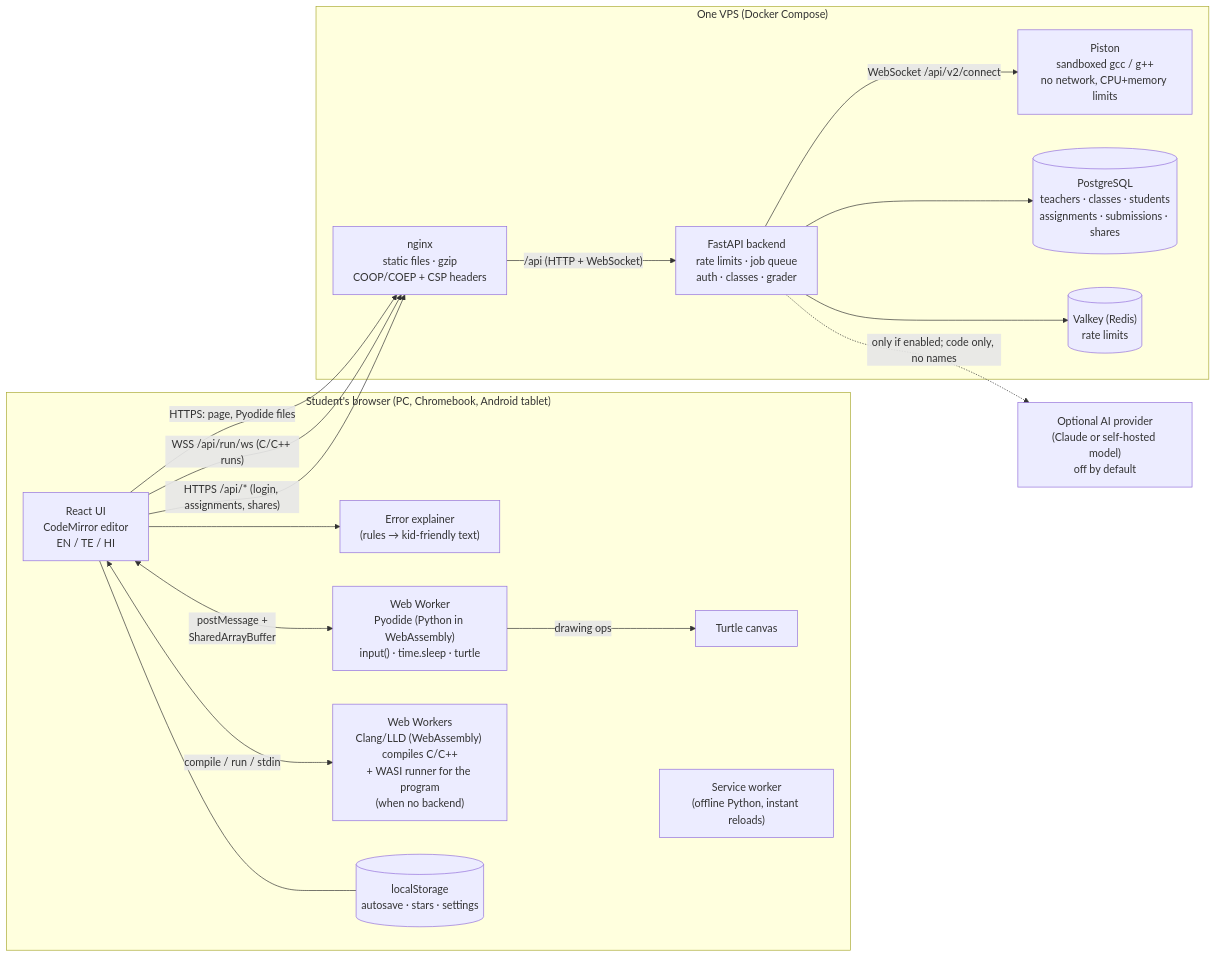
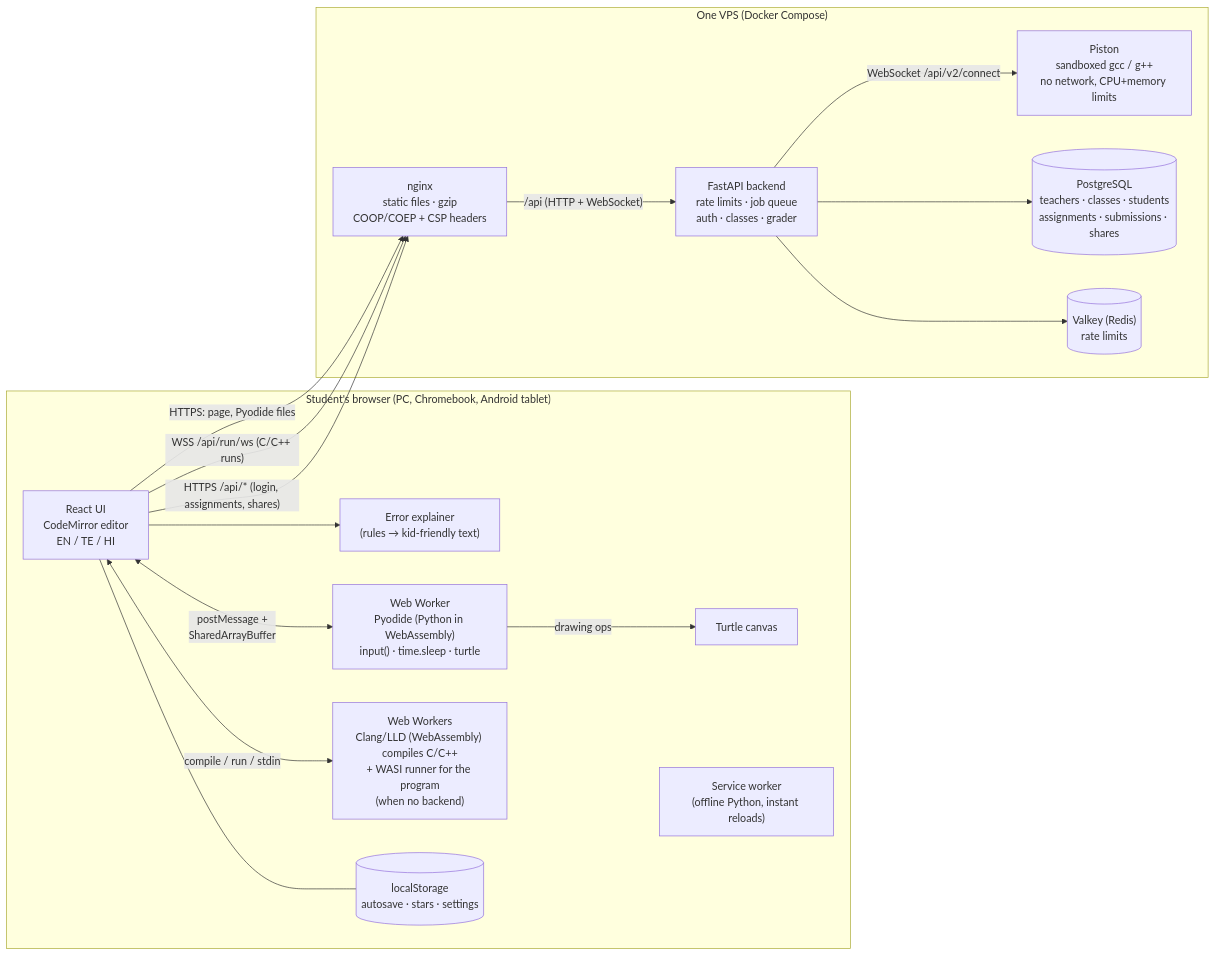
One commit to Sajeed25/kalamCompliler changed the diagram in docs/ARCHITECTURE.md. Above: the diagram before and after it, drawn with Mermaid. The commit also changed other lines of this file and 43 other files, not shown here.

````diff
--- a/docs/ARCHITECTURE.md
+++ b/docs/ARCHITECTURE.md
@@ -3,36 +3,34 @@
 ```mermaid
 flowchart LR
   subgraph Browser["Student's browser (PC, Chromebook, Android tablet)"]
     UI["React UI<br/>CodeMirror editor<br/>EN / TE / HI"]
     EXP["Error explainer<br/>(rules → kid-friendly text)"]
     PYW["Web Worker<br/>Pyodide (Python in WebAssembly)<br/>input() · time.sleep · turtle"]
     TUR["Turtle canvas"]
     CLW["Web Workers<br/>Clang/LLD (WebAssembly) compiles C/C++<br/>+ WASI runner for the program<br/>(when no backend)"]
     SW["Service worker<br/>(offline Python, instant reloads)"]
     LS[("localStorage<br/>autosave · stars · settings")]
     UI <-- "postMessage +<br/>SharedArrayBuffer" --> PYW
     PYW -- drawing ops --> TUR
     UI --> EXP
     UI <-- "compile / run / stdin" --> CLW
     UI --- LS
   end
 
   subgraph Server["One VPS (Docker Compose)"]
     NGX["nginx<br/>static files · gzip<br/>COOP/COEP + CSP headers"]
     API["FastAPI backend<br/>rate limits · job queue<br/>auth · classes · grader"]
     PIS["Piston<br/>sandboxed gcc / g++<br/>no network, CPU+memory limits"]
     PG[("PostgreSQL<br/>teachers · classes · students<br/>assignments · submissions · shares")]
     VK[("Valkey (Redis)<br/>rate limits")]
     NGX -- "/api (HTTP + WebSocket)" --> API
     API -- "WebSocket /api/v2/connect" --> PIS
     API --> PG
     API --> VK
   end
 
-  AI["Optional AI provider<br/>(Claude or self-hosted model)<br/>off by default"]
 
   UI -- "HTTPS: page, Pyodide files" --> NGX
   UI -- "WSS /api/run/ws (C/C++ runs)" --> NGX
   UI -- "HTTPS /api/* (login, assignments, shares)" --> NGX
-  API -. "only if enabled; code only, no names" .-> AI
 ```
````
